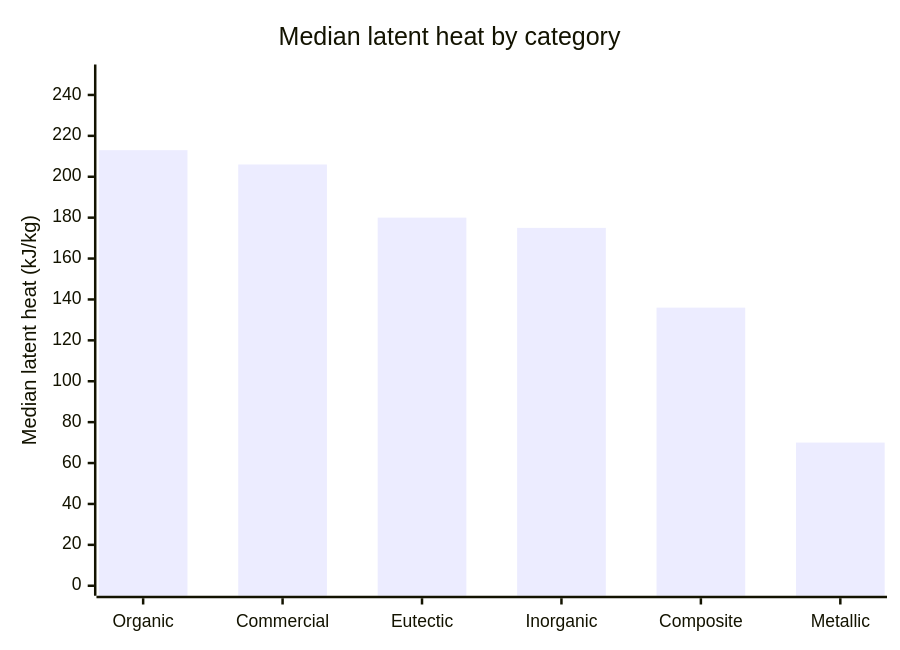
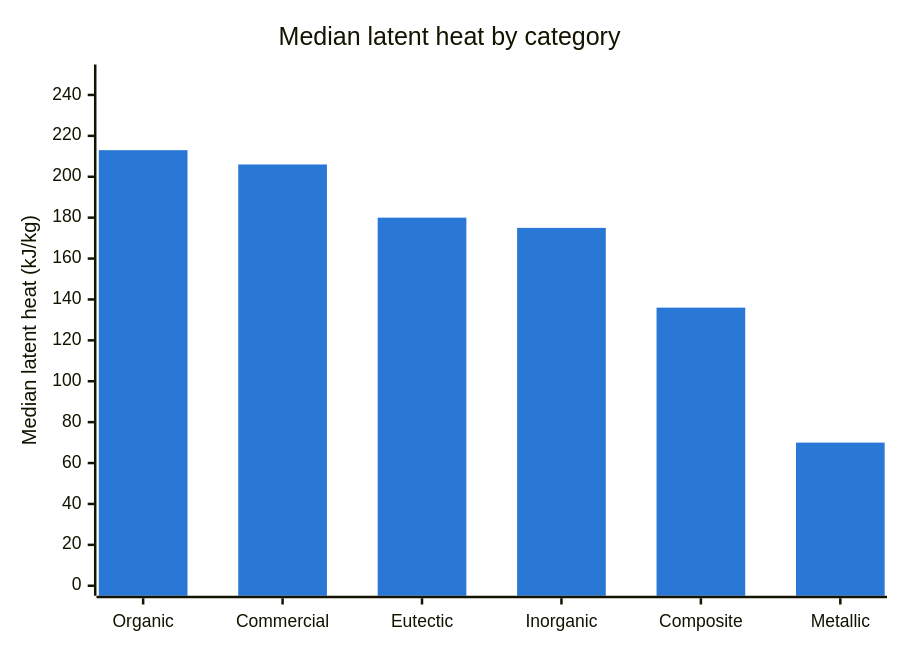
Before and after one commit to christophersathya-bit/PCM_latent_storage_dataset: the fourth of 5 diagrams in README.md, drawn with Mermaid. The commit also changed other lines of this file, not shown here.

Commit message:
README: chart colours, label fix, badges

````diff
--- a/README.md
+++ b/README.md
@@ -49,7 +52,8 @@
 ```mermaid
+%%{init: {"themeVariables": {"xyChart": {"plotColorPalette": "#2a78d6"}}}}%%
 xychart-beta
     title "Median latent heat by category"
     x-axis ["Organic", "Commercial", "Eutectic", "Inorganic", "Composite", "Metallic"]
     y-axis "Median latent heat (kJ/kg)" 0 --> 250
     bar [213, 206, 180, 175, 136, 70]
 ```
````
